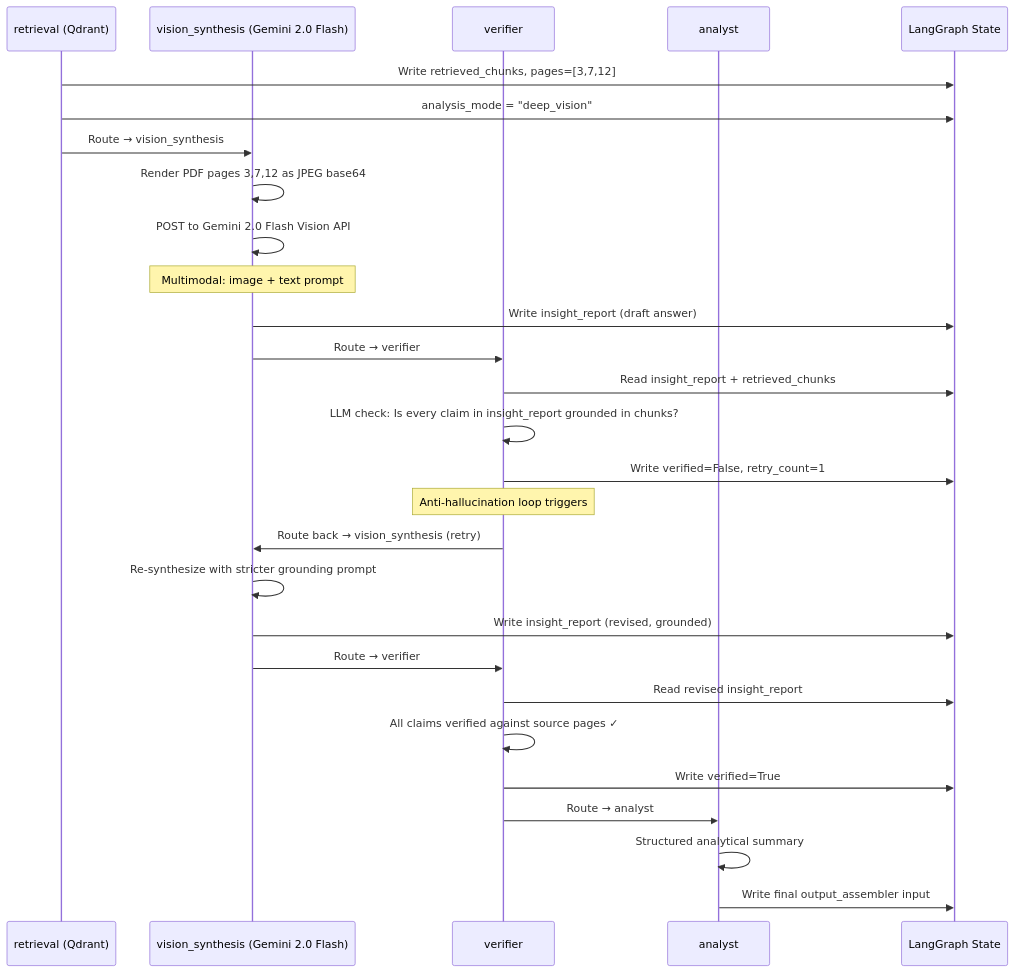
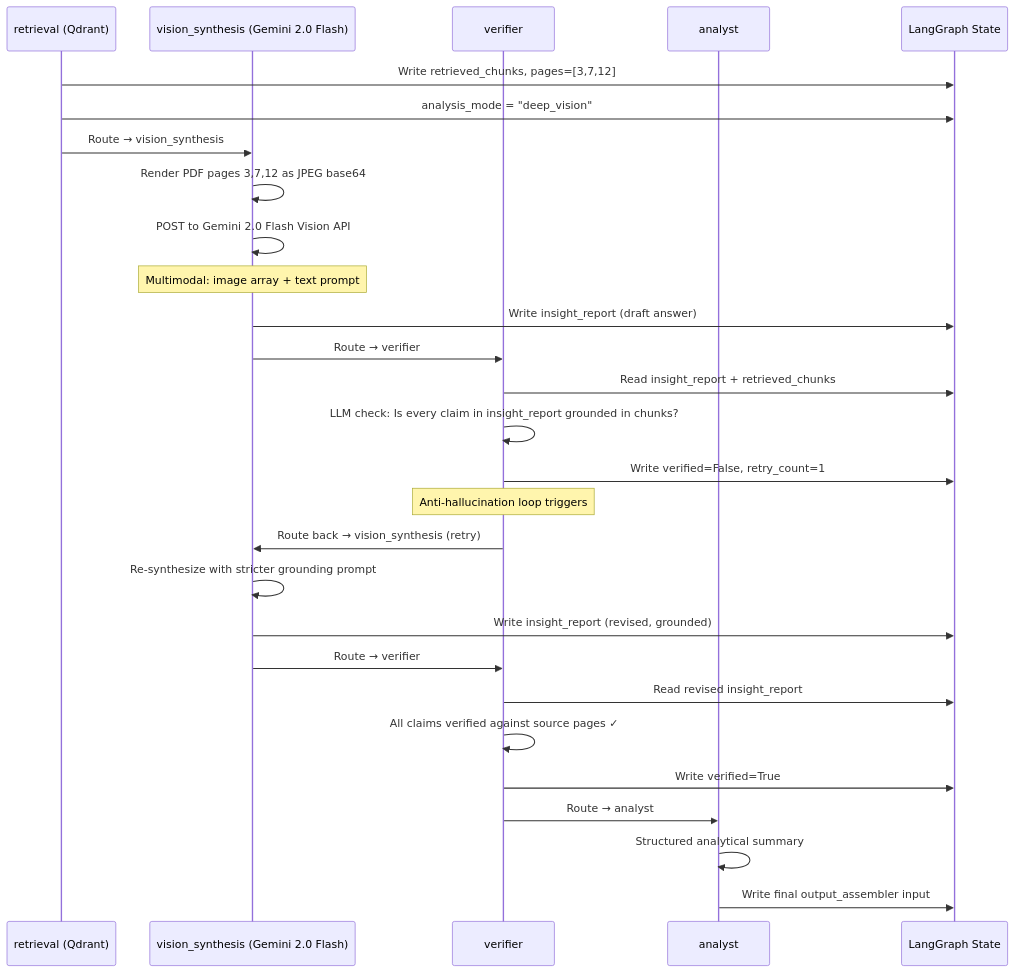
One commit to OmarAbdelhamidAly/OpenQ-Federated-Agentic-Intelligence-Platform changed diagram 12 of 13 in NTI_C4_DIAGRAMS.md. Above: the diagram before and after it, drawn with Mermaid. The commit also changed other lines of this file and 15 other files, not shown here.

````diff
--- a/NTI_C4_DIAGRAMS.md
+++ b/NTI_C4_DIAGRAMS.md
@@ -892,37 +1039,37 @@
 ```mermaid
 sequenceDiagram
     participant Ret as retrieval (Qdrant)
     participant VS as vision_synthesis (Gemini 2.0 Flash)
     participant VR as verifier
     participant AN as analyst
     participant State as LangGraph State
 
     Ret->>State: Write retrieved_chunks, pages=[3,7,12]
     Ret->>State: analysis_mode = "deep_vision"
     Ret->>VS: Route → vision_synthesis
 
     VS->>VS: Render PDF pages 3,7,12 as JPEG base64
     VS->>VS: POST to Gemini 2.0 Flash Vision API
-    Note over VS: Multimodal: image + text prompt
+    Note over VS: Multimodal: image array + text prompt
     VS->>State: Write insight_report (draft answer)
 
     VS->>VR: Route → verifier
     VR->>State: Read insight_report + retrieved_chunks
     VR->>VR: LLM check: Is every claim in insight_report grounded in chunks?
     VR->>State: Write verified=False, retry_count=1
 
     Note over VR: Anti-hallucination loop triggers
     VR->>VS: Route back → vision_synthesis (retry)
 
     VS->>VS: Re-synthesize with stricter grounding prompt
     VS->>State: Write insight_report (revised, grounded)
     VS->>VR: Route → verifier
 
     VR->>State: Read revised insight_report
     VR->>VR: All claims verified against source pages ✓
     VR->>State: Write verified=True
     VR->>AN: Route → analyst
 
     AN->>AN: Structured analytical summary
     AN->>State: Write final output_assembler input
 ```
````
